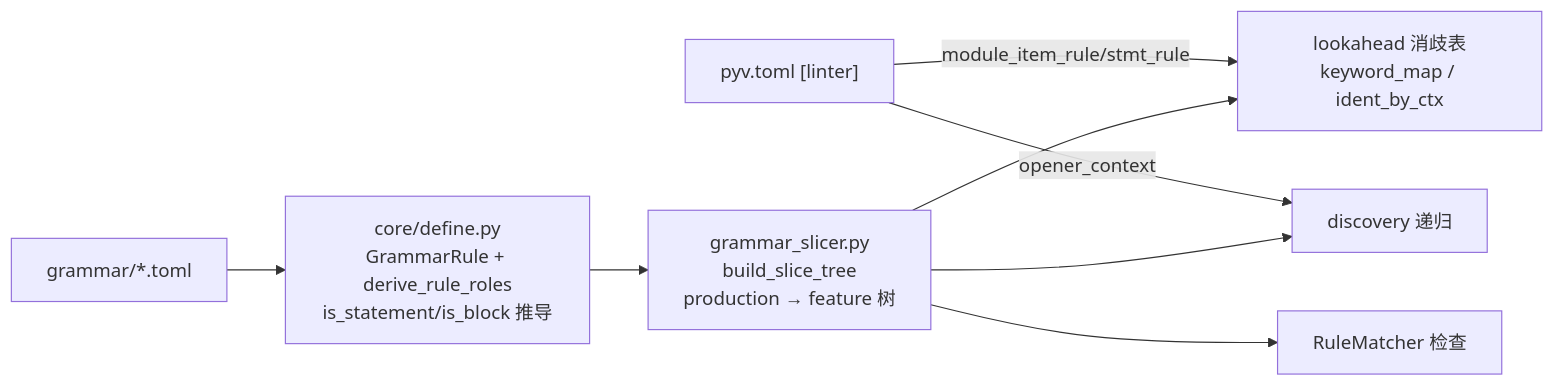
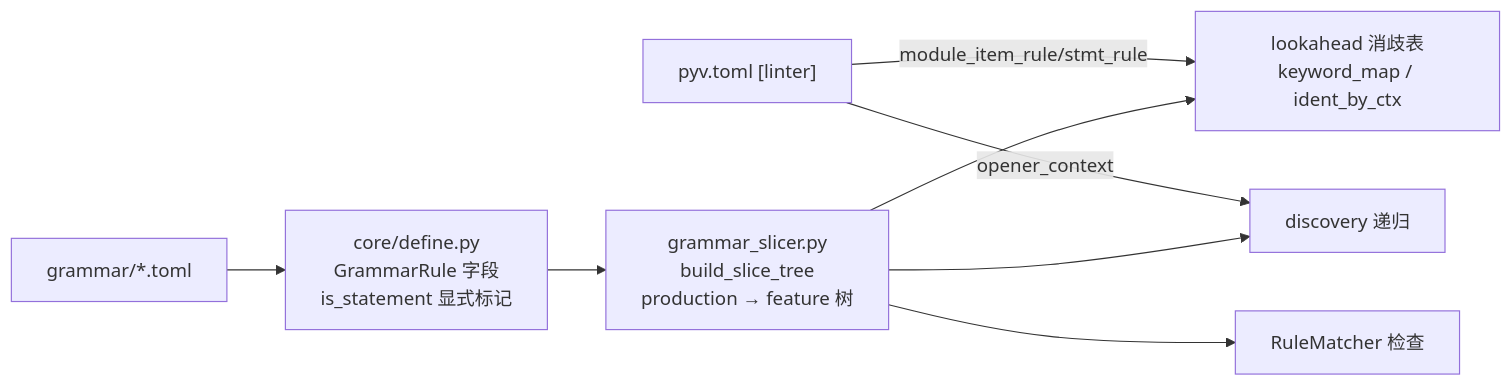
Before and after one commit to DogStraight/trans-paradigm-compiler: the fourth of 5 diagrams in docs/linter_architecture.md, drawn with Mermaid. The commit also changed other lines of this file and 22 other files, not shown here.

````diff
--- a/docs/linter_architecture.md
+++ b/docs/linter_architecture.md
@@ -169,10 +169,10 @@
 ```mermaid
 flowchart LR
-    A["grammar/*.toml"] --> B["core/define.py<br/>GrammarRule + derive_rule_roles<br/>is_statement/is_block 推导"]
+    A["grammar/*.toml"] --> B["core/define.py<br/>GrammarRule 字段<br/>is_statement 显式标记"]
     B --> C[grammar_slicer.py<br/>build_slice_tree<br/>production → feature 树]
     C --> D["lookahead 消歧表<br/>keyword_map / ident_by_ctx"]
     C --> E[discovery 递归]
     C --> F[RuleMatcher 检查]
     G["pyv.toml [linter]"] -->|opener_context| E
     G -->|module_item_rule/stmt_rule| D
 ```
````
